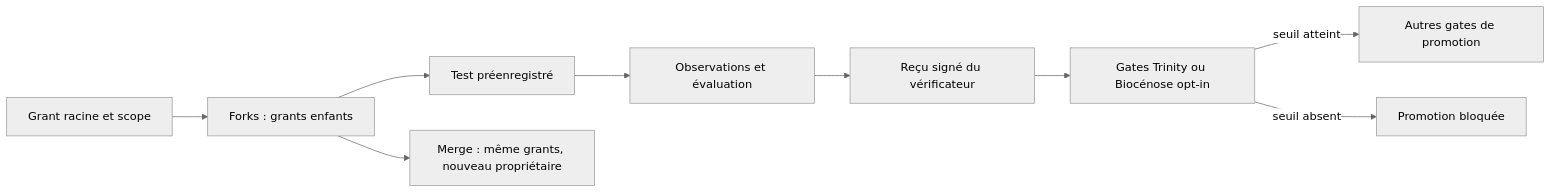
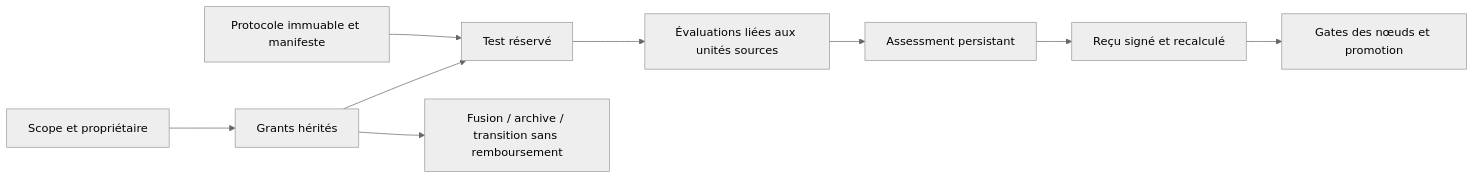
The diagram in docs/02-orchestration/infini-sous-contrat.md (PISSARAW/GenOS), drawn with Mermaid (neutral theme) before and after one commit. The commit also changed other lines of this file and 67 other files, not shown here.

````diff
--- a/docs/02-orchestration/infini-sous-contrat.md
+++ b/docs/02-orchestration/infini-sous-contrat.md
@@ -66,11 +49,11 @@
 ```mermaid
 flowchart LR
-  R[Grant racine et scope] --> F[Forks : grants enfants]
-  F --> T[Test préenregistré]
-  T --> E[Observations et évaluation]
-  E --> S[Reçu signé du vérificateur]
-  S --> G[Gates Trinity ou Biocénose opt-in]
-  G -->|seuil atteint| P[Autres gates de promotion]
-  G -->|seuil absent| B[Promotion bloquée]
-  F --> M[Merge : même grants, nouveau propriétaire]
+  S[Scope et propriétaire] --> F[Grants hérités]
+  P[Protocole immuable et manifeste] --> T[Test réservé]
+  F --> T
+  T --> E[Évaluations liées aux unités sources]
+  E --> A[Assessment persistant]
+  A --> R[Reçu signé et recalculé]
+  R --> G[Gates des nœuds et promotion]
+  F --> L[Fusion / archive / transition sans remboursement]
 ```
````
